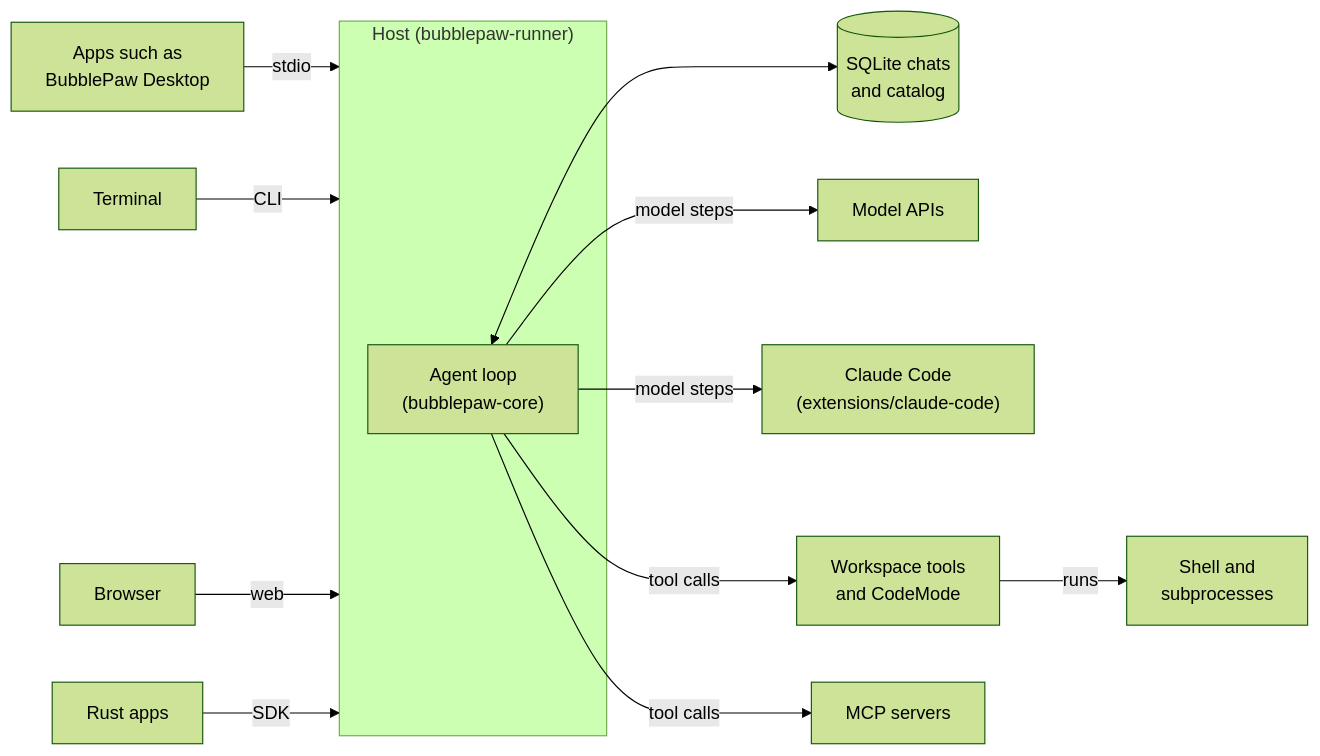
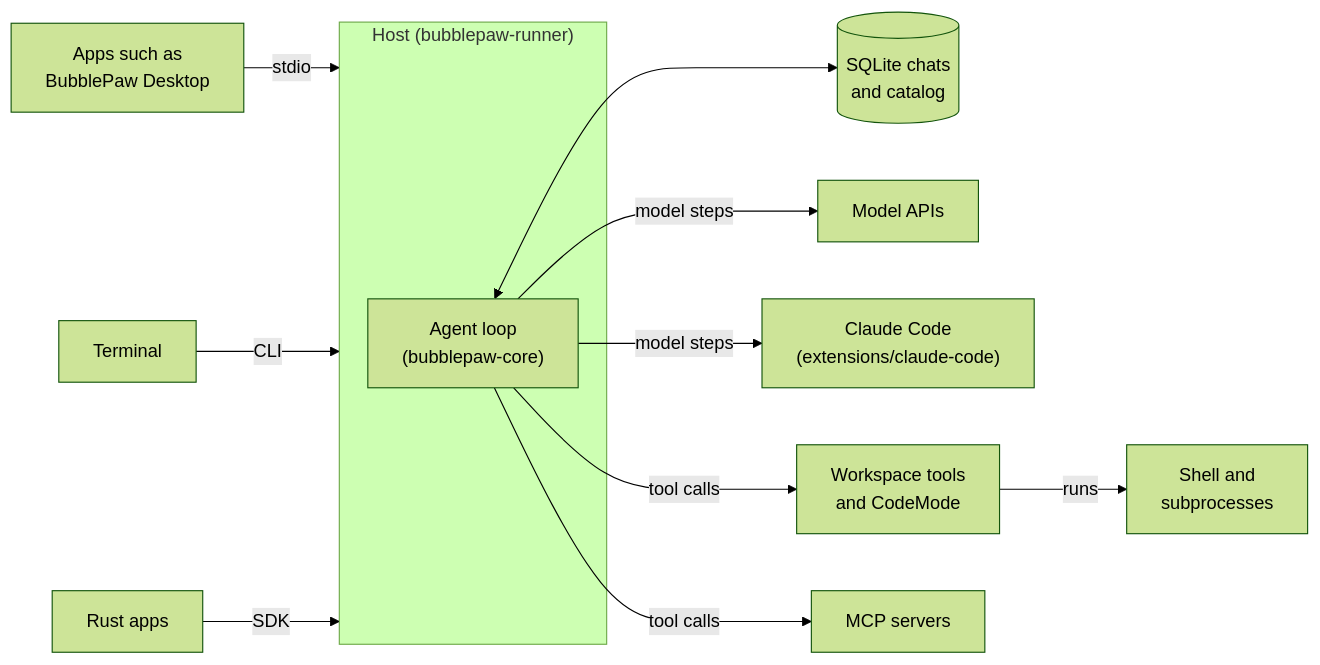
Before and after one commit to BubbleBuffer/BubblePaw-Core: the diagram in README.md, drawn with Mermaid (forest theme). The commit also changed other lines of this file, not shown here.

Commit message:
README: drop the web workbench from the overview

````diff
--- a/README.md
+++ b/README.md
@@ -27,18 +26,17 @@
 ```mermaid
 flowchart LR
   desktop["Apps such as<br/>BubblePaw Desktop"] -- "stdio" --> host
   term["Terminal"] -- "CLI" --> host
-  browser["Browser"] -- "web" --> host
   rust["Rust apps"] -- "SDK" --> host
 
   subgraph host["Host (bubblepaw-runner)"]
     loop["Agent loop<br/>(bubblepaw-core)"]
   end
 
   loop <--> store[("SQLite chats<br/>and catalog")]
   loop -- "model steps" --> models["Model APIs"]
   loop -- "model steps" --> cc["Claude Code<br/>(extensions/claude-code)"]
   loop -- "tool calls" --> tools["Workspace tools<br/>and CodeMode"]
   loop -- "tool calls" --> mcp["MCP servers"]
   tools -- "runs" --> procs["Shell and<br/>subprocesses"]
 ```
````
